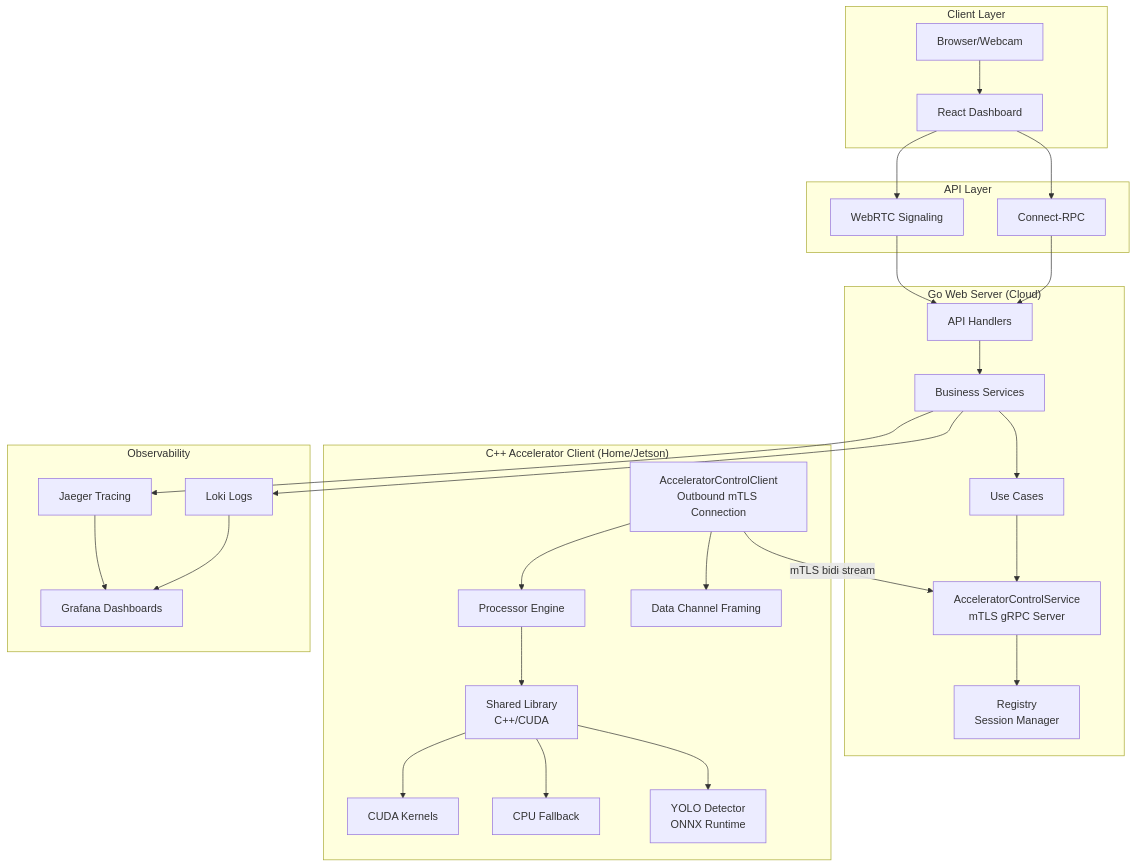
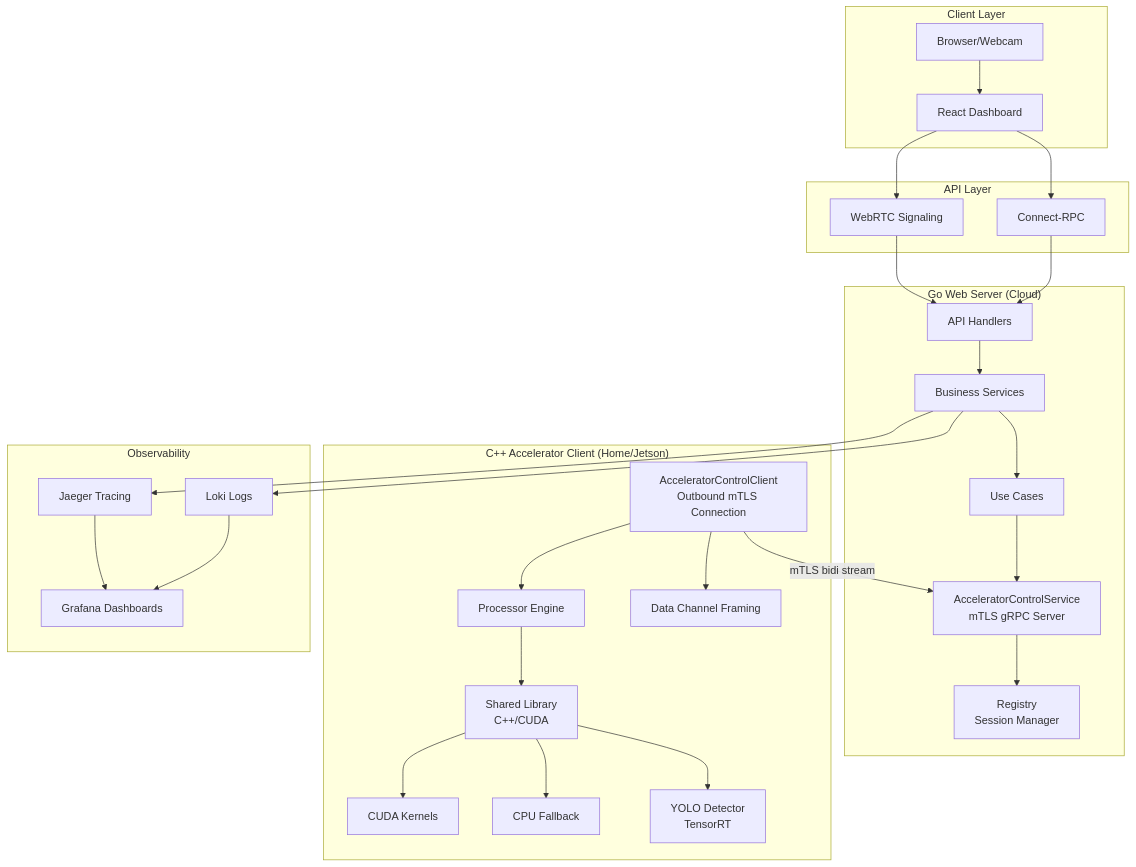
Before and after one commit to josnelihurt-code/learning-cuda: the first of 2 diagrams in README.md, drawn with Mermaid. The commit also changed other lines of this file and 1 other file, not shown here.

````diff
--- a/README.md
+++ b/README.md
@@ -49,59 +49,59 @@
 ```mermaid
 graph TB
     subgraph "Client Layer"
         Browser[Browser/Webcam]
         UI[React Dashboard]
     end
     
     subgraph "API Layer"
         WebRTCSignaling[WebRTC Signaling]
         ConnectRPC[Connect-RPC]
     end
     
     subgraph "Go Web Server (Cloud)"
         API[API Handlers]
         Services[Business Services]
         UseCases[Use Cases]
         ControlServer[AcceleratorControlService<br/>mTLS gRPC Server]
         Registry[Registry<br/>Session Manager]
     end
     
     subgraph "C++ Accelerator Client (Home/Jetson)"
         AccelClient[AcceleratorControlClient<br/>Outbound mTLS Connection]
         SharedLib[Shared Library<br/>C++/CUDA]
         ProcessorEngine[Processor Engine]
         CudaKernels[CUDA Kernels]
         CpuFallback[CPU Fallback]
-        YOLODetector[YOLO Detector<br/>ONNX Runtime]
+        YOLODetector[YOLO Detector<br/>TensorRT]
         DataChannelFraming[Data Channel Framing]
     end
     
     subgraph "Observability"
         Jaeger[Jaeger Tracing]
         Grafana[Grafana Dashboards]
         Loki[Loki Logs]
     end
     
     Browser --> UI
     UI --> WebRTCSignaling
     UI --> ConnectRPC
     WebRTCSignaling --> API
     ConnectRPC --> API
     API --> Services
     Services --> UseCases
     UseCases --> ControlServer
     ControlServer --> Registry
     
     AccelClient -->|mTLS bidi stream| ControlServer
     AccelClient --> ProcessorEngine
     AccelClient --> DataChannelFraming
     ProcessorEngine --> SharedLib
     SharedLib --> CudaKernels
     SharedLib --> CpuFallback
     SharedLib --> YOLODetector
     
     Services --> Jaeger
     Services --> Loki
     Jaeger --> Grafana
     Loki --> Grafana
 ```
````
